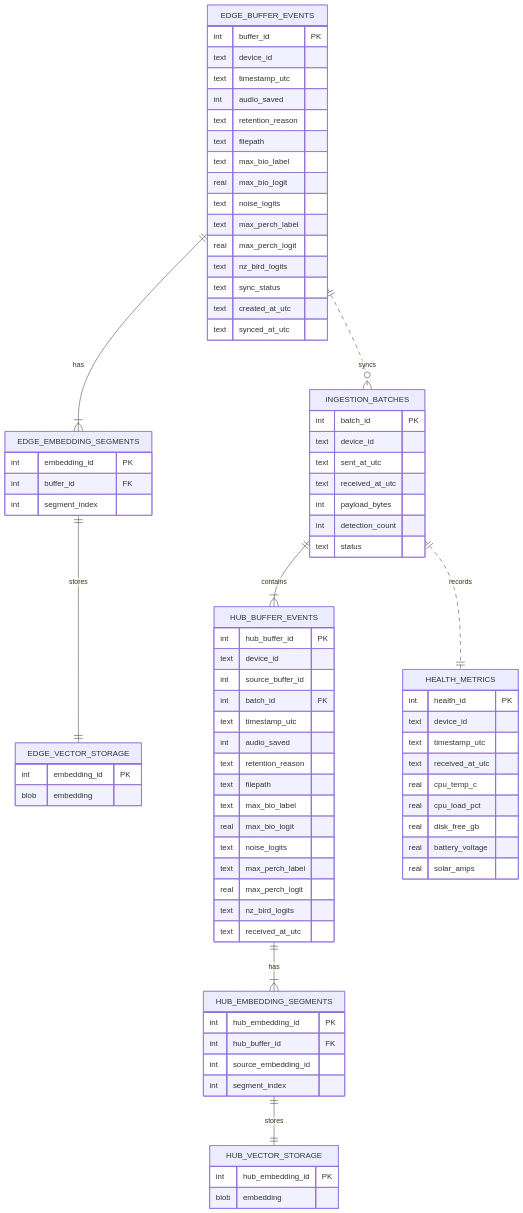
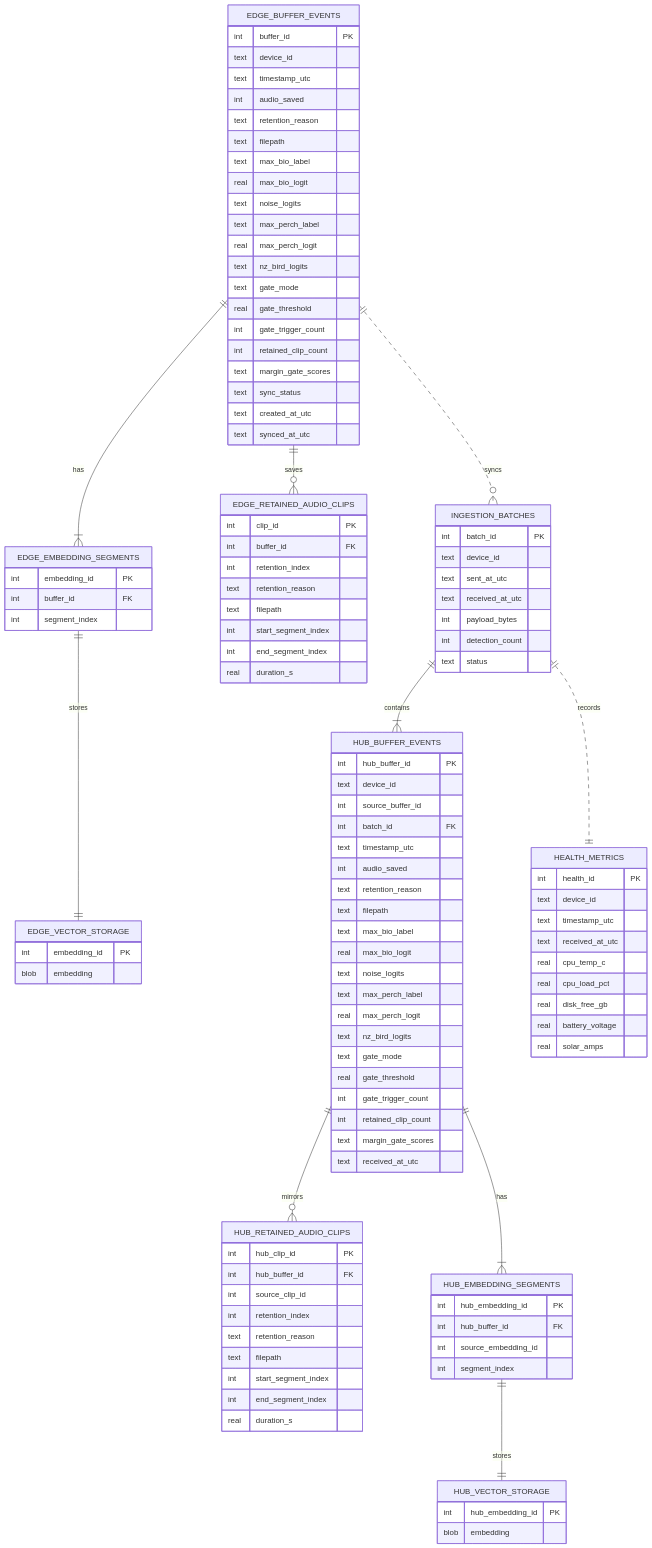
One commit to cavemoa/edge_bioacoustics changed the third of 3 diagrams in README.md. Above: the diagram before and after it, drawn with Mermaid. The commit also changed other lines of this file and 22 other files, not shown here.

Commit message:
new refactored bio_gate and variable lenght clips tested and complete.

````diff
--- a/README.md
+++ b/README.md
@@ -155,9 +158,11 @@
 ```mermaid
 erDiagram
     EDGE_BUFFER_EVENTS ||--|{ EDGE_EMBEDDING_SEGMENTS : has
+    EDGE_BUFFER_EVENTS ||--o{ EDGE_RETAINED_AUDIO_CLIPS : saves
     EDGE_EMBEDDING_SEGMENTS ||--|| EDGE_VECTOR_STORAGE : stores
     EDGE_BUFFER_EVENTS ||..o{ INGESTION_BATCHES : syncs
     INGESTION_BATCHES ||--|{ HUB_BUFFER_EVENTS : contains
+    HUB_BUFFER_EVENTS ||--o{ HUB_RETAINED_AUDIO_CLIPS : mirrors
     HUB_BUFFER_EVENTS ||--|{ HUB_EMBEDDING_SEGMENTS : has
     HUB_EMBEDDING_SEGMENTS ||--|| HUB_VECTOR_STORAGE : stores
     INGESTION_BATCHES ||..|| HEALTH_METRICS : records
@@ -175,9 +180,25 @@
         text max_perch_label
         real max_perch_logit
         text nz_bird_logits
+        text gate_mode
+        real gate_threshold
+        int gate_trigger_count
+        int retained_clip_count
+        text margin_gate_scores
         text sync_status
         text created_at_utc
         text synced_at_utc
+    }
+
+    EDGE_RETAINED_AUDIO_CLIPS {
+        int clip_id PK
+        int buffer_id FK
+        int retention_index
+        text retention_reason
+        text filepath
+        int start_segment_index
+        int end_segment_index
+        real duration_s
     }
 
     EDGE_EMBEDDING_SEGMENTS {
@@ -216,7 +237,24 @@
         text max_perch_label
         real max_perch_logit
         text nz_bird_logits
+        text gate_mode
+        real gate_threshold
+        int gate_trigger_count
+        int retained_clip_count
+        text margin_gate_scores
         text received_at_utc
+    }
+
+    HUB_RETAINED_AUDIO_CLIPS {
+        int hub_clip_id PK
+        int hub_buffer_id FK
+        int source_clip_id
+        int retention_index
+        text retention_reason
+        text filepath
+        int start_segment_index
+        int end_segment_index
+        real duration_s
     }
 
     HUB_EMBEDDING_SEGMENTS {
````
